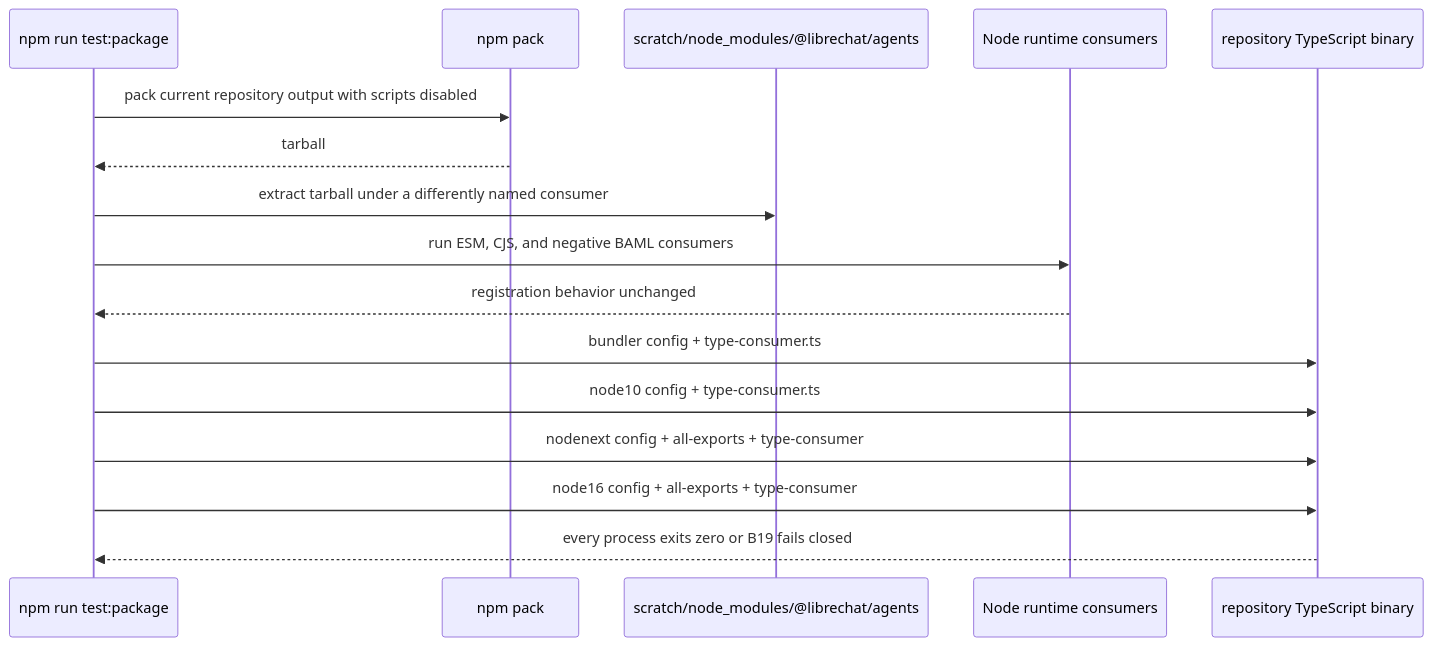
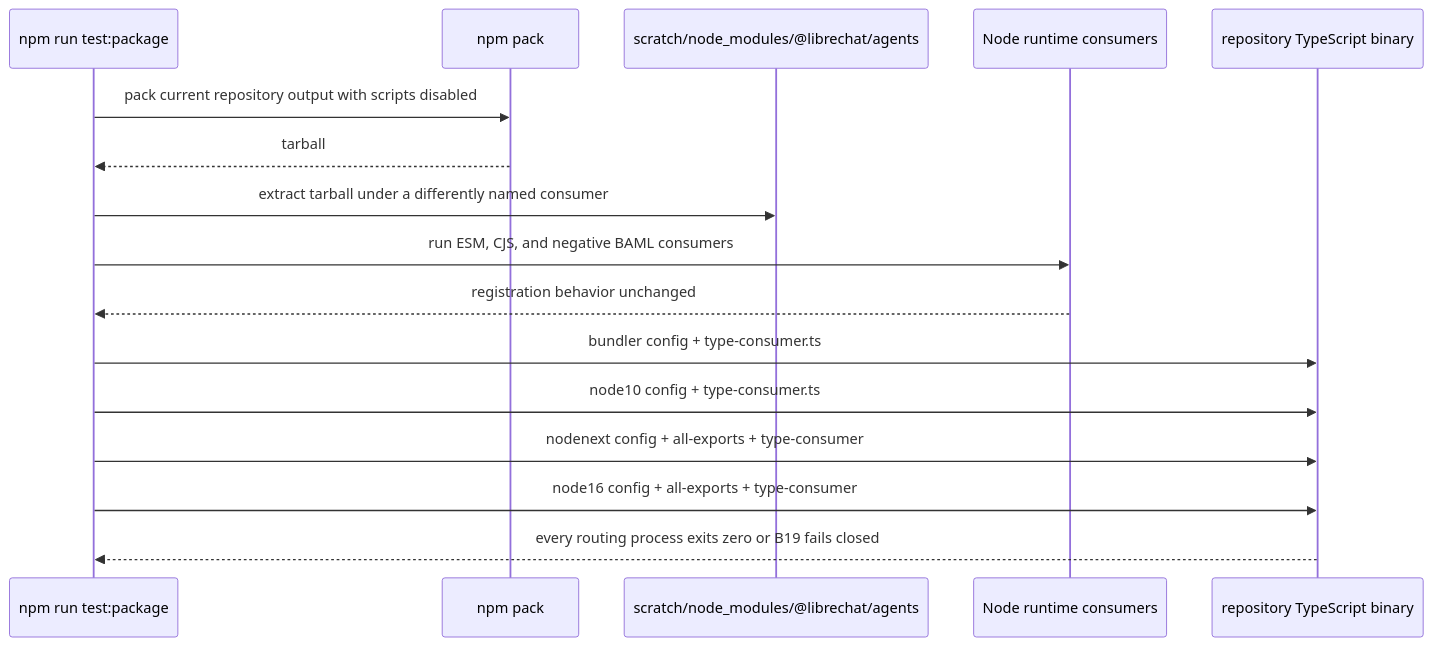
One commit to tha-hammer/silmari-chat-agents changed the third of 4 diagrams in thoughts/searchable/shared/plans/2026-08-16-AF-sy8-nodenext-baml-declarations-SYSTEM-MAP.md. Above: the diagram before and after it, drawn with Mermaid. The commit also changed other lines of this file and 2 other files, not shown here.

````diff
--- a/thoughts/searchable/shared/plans/2026-08-16-AF-sy8-nodenext-baml-declarations-SYSTEM-MAP.md
+++ b/thoughts/searchable/shared/plans/2026-08-16-AF-sy8-nodenext-baml-declarations-SYSTEM-MAP.md
@@ -67,19 +67,19 @@
 ```mermaid
 sequenceDiagram
   participant P as npm run test:package
   participant Pack as npm pack
   participant S as scratch/node_modules/@librechat/agents
   participant Node as Node runtime consumers
   participant TS as repository TypeScript binary
 
   P->>Pack: pack current repository output with scripts disabled
   Pack-->>P: tarball
   P->>S: extract tarball under a differently named consumer
   P->>Node: run ESM, CJS, and negative BAML consumers
   Node-->>P: registration behavior unchanged
   P->>TS: bundler config + type-consumer.ts
   P->>TS: node10 config + type-consumer.ts
   P->>TS: nodenext config + all-exports + type-consumer
   P->>TS: node16 config + all-exports + type-consumer
-  TS-->>P: every process exits zero or B19 fails closed
+  TS-->>P: every routing process exits zero or B19 fails closed
 ```
````
